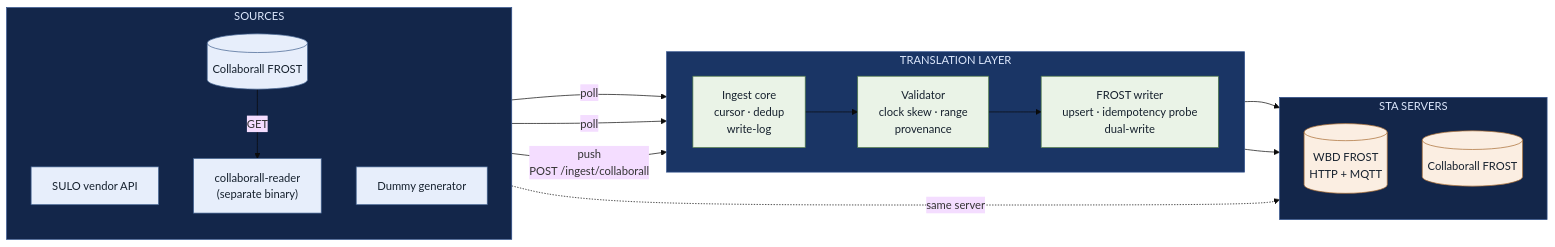
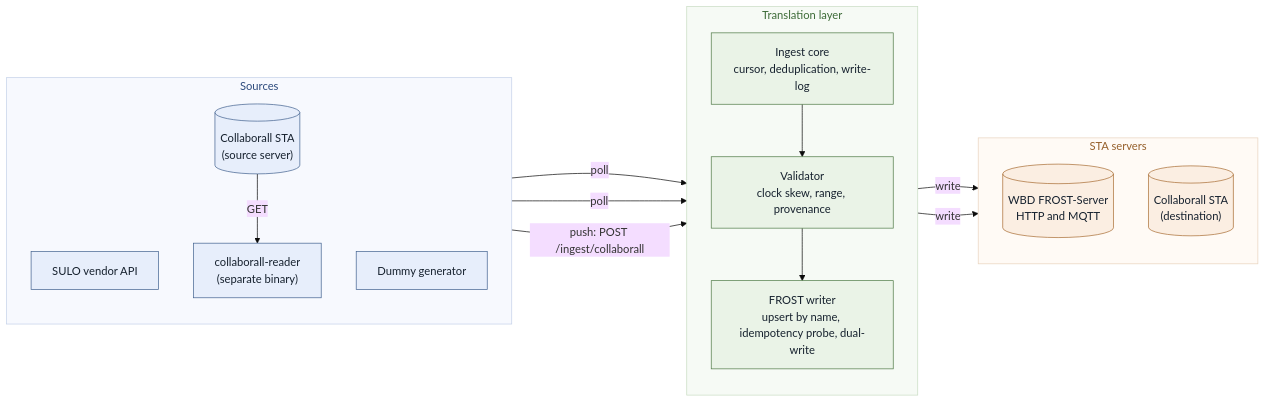
Before and after one commit to Geonovum/testbed-sensordata-2026: the diagram in Topic 2 Clappform/topic2-lessons-findings-and-results.md, drawn with Mermaid (base theme). The commit also changed other lines of this file, not shown here.

````diff
--- a/Topic 2 Clappform/topic2-lessons-findings-and-results.md
+++ b/Topic 2 Clappform/topic2-lessons-findings-and-results.md
@@ -45,43 +187,42 @@
 ```mermaid
 flowchart LR
-    subgraph SRC["SOURCES"]
+    subgraph SRC["Sources"]
         direction TB
         sulo["SULO vendor API"]
         dummy["Dummy generator"]
-        csrc[("Collaborall FROST")]
+        csrc[("Collaborall STA<br/>(source server)")]
         reader["collaborall-reader<br/>(separate binary)"]
         csrc -->|"GET"| reader
     end
 
-    subgraph TL["TRANSLATION LAYER"]
-        direction LR
-        ingest["Ingest core<br/>cursor · dedup<br/>write-log"]
-        val["Validator<br/>clock skew · range<br/>provenance"]
-        writer["FROST writer<br/>upsert · idempotency probe<br/>dual-write"]
+    subgraph TL["Translation layer"]
+        direction TB
+        ingest["Ingest core<br/>cursor, deduplication, write-log"]
+        val["Validator<br/>clock skew, range, provenance"]
+        writer["FROST writer<br/>upsert by name, idempotency probe, dual-write"]
         ingest --> val --> writer
     end
 
-    subgraph DST["STA SERVERS"]
+    subgraph DST["STA servers"]
         direction TB
-        wbd[("WBD FROST<br/>HTTP + MQTT")]
-        cdst[("Collaborall FROST")]
+        wbd[("WBD FROST-Server<br/>HTTP and MQTT")]
+        cdst[("Collaborall STA<br/>(destination)")]
     end
 
     sulo -->|"poll"| ingest
     dummy -->|"poll"| ingest
-    reader -->|"push<br/>POST /ingest/collaborall"| ingest
-    writer --> wbd
-    writer --> cdst
-    csrc -.->|"same server"| cdst
+    reader -->|"push: POST /ingest/collaborall"| ingest
+    writer -->|"write"| wbd
+    writer -->|"write"| cdst
 
-    classDef source fill:#e7eefb,stroke:#41618f,stroke-width:1px,color:#16212e
-    classDef core fill:#eaf3e7,stroke:#4f7a46,stroke-width:1px,color:#16212e
-    classDef dest fill:#fbeee2,stroke:#a86c33,stroke-width:1px,color:#16212e
+    classDef source fill:#e7eefb,stroke:#41618f,color:#16212e
+    classDef core fill:#eaf3e7,stroke:#4f7a46,color:#16212e
+    classDef dest fill:#fbeee2,stroke:#a86c33,color:#16212e
     class sulo,dummy,csrc,reader source
     class ingest,val,writer core
     class wbd,cdst dest
 
-    style SRC fill:#13264a,stroke:#31518c,stroke-width:1px,color:#dbe6fb
-    style TL fill:#1a3565,stroke:#31518c,stroke-width:1px,color:#dbe6fb
-    style DST fill:#13264a,stroke:#31518c,stroke-width:1px,color:#dbe6fb
+    style SRC fill:#f7f9fe,stroke:#c3d0e8,color:#2c4a7c
+    style TL fill:#f6faf5,stroke:#c8dcc2,color:#3d6b38
+    style DST fill:#fffaf5,stroke:#e8d3bd,color:#96602c
 ```
````
